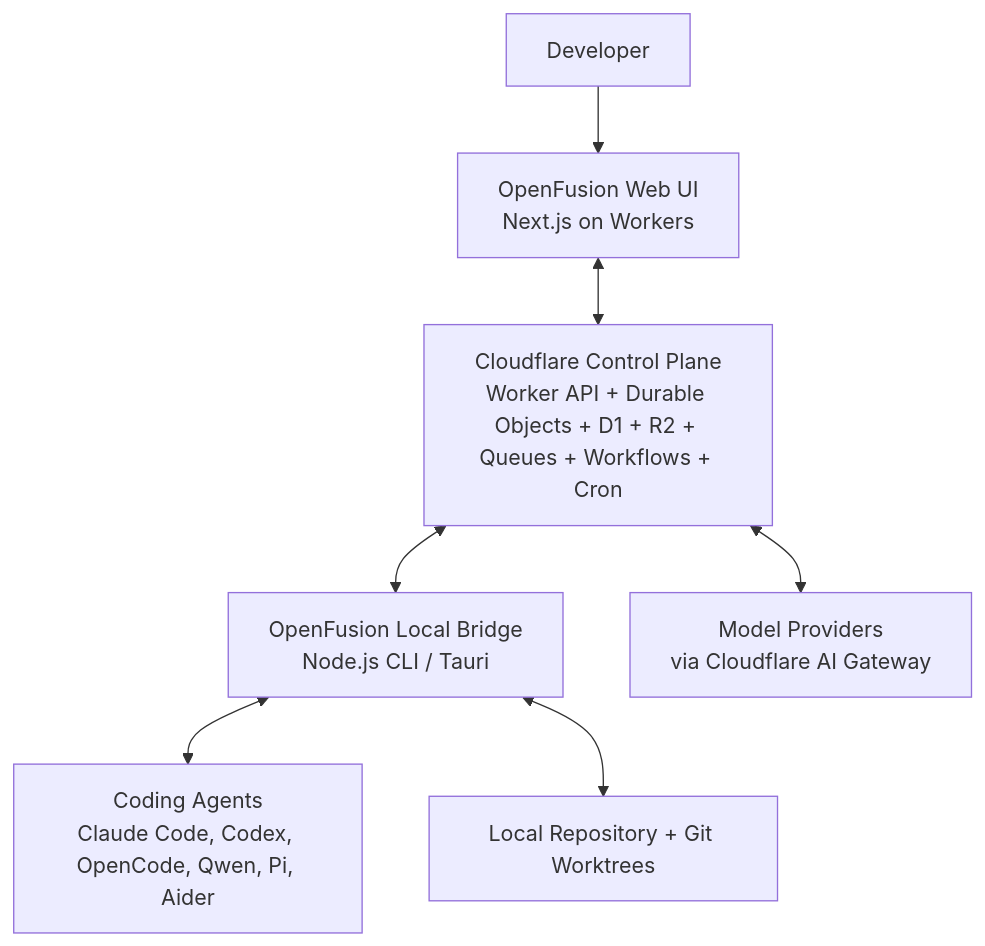
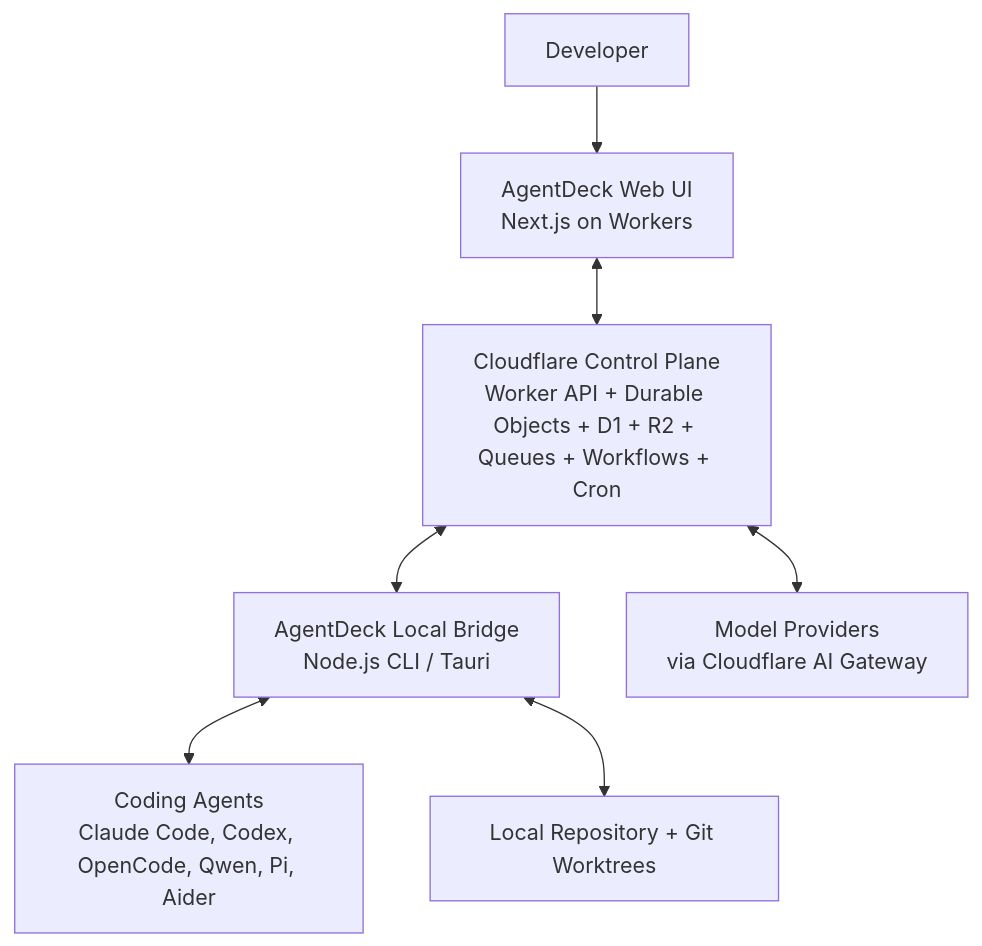
The first of 2 diagrams in Docs/PHASES/OVERVIEW.md (itsVijayCoder/agentDeck), drawn with Mermaid before and after one commit. The commit also changed other lines of this file and 86 other files, not shown here.

First line of the commit message:
refactor: rename project from openfusion to AgentDeck

````diff
--- a/Docs/PHASES/OVERVIEW.md
+++ b/Docs/PHASES/OVERVIEW.md
@@ -77,17 +77,17 @@
 ```mermaid
 flowchart TB
   Dev[Developer]
-  Browser[OpenFusion Web UI<br/>Next.js on Workers]
+  Browser[AgentDeck Web UI<br/>Next.js on Workers]
   CF[Cloudflare Control Plane<br/>Worker API + Durable Objects + D1 + R2 + Queues + Workflows + Cron]
-  Bridge[OpenFusion Local Bridge<br/>Node.js CLI / Tauri]
+  Bridge[AgentDeck Local Bridge<br/>Node.js CLI / Tauri]
   Agents[Coding Agents<br/>Claude Code, Codex, OpenCode, Qwen, Pi, Aider]
   Repo[Local Repository + Git Worktrees]
   Providers[Model Providers<br/>via Cloudflare AI Gateway]
 
   Dev --> Browser
   Browser <--> CF
   CF <--> Bridge
   Bridge <--> Agents
   Bridge <--> Repo
   CF <--> Providers
 ```
````
